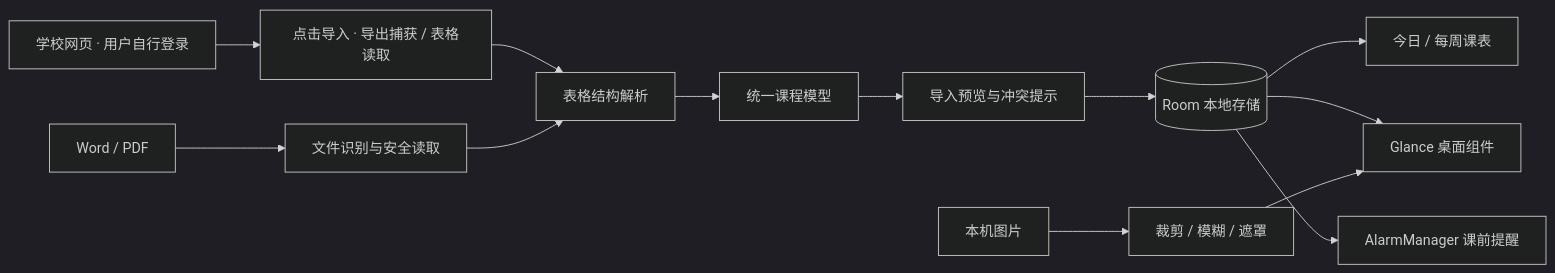
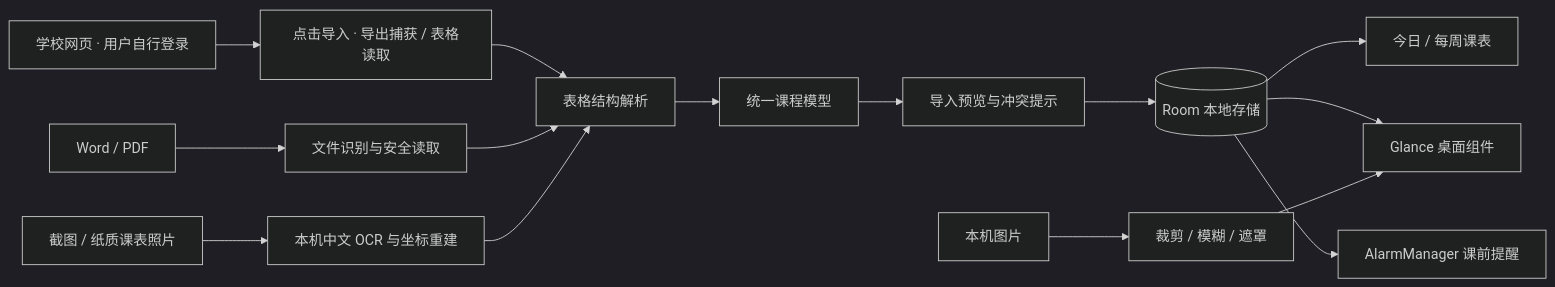
The diagram in README.md (xiaoyle/CampusSchedule), drawn with Mermaid (dark theme) before and after one commit. The commit also changed other lines of this file and 55 other files, not shown here.

````diff
--- a/README.md
+++ b/README.md
@@ -91,15 +95,17 @@
 ```mermaid
 flowchart LR
     A[Word / PDF] --> B[文件识别与安全读取]
+    P[截图 / 纸质课表照片] --> Q[本机中文 OCR 与坐标重建]
     W[学校网页 · 用户自行登录] --> X[点击导入 · 导出捕获 / 表格读取]
     X --> C
     B --> C[表格结构解析]
+    Q --> C
     C --> D[统一课程模型]
     D --> E[导入预览与冲突提示]
     E --> F[(Room 本地存储)]
     F --> G[今日 / 每周课表]
     F --> H[Glance 桌面组件]
     F --> I[AlarmManager 课前提醒]
     J[本机图片] --> K[裁剪 / 模糊 / 遮罩]
     K --> H
 ```
````
